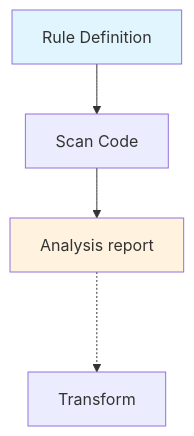
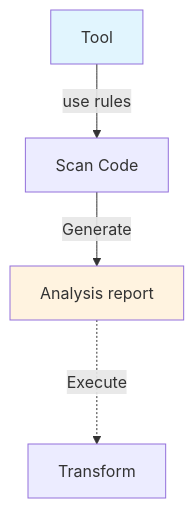
The first of 2 diagrams in README.md (snowdrop/migration-tool), drawn with Mermaid before and after one commit. The commit also changed other lines of this file, not shown here.

````diff
--- a/README.md
+++ b/README.md
@@ -14,9 +14,9 @@
 ```mermaid
 flowchart TD
-    A[Rule Definition] --> B[Scan Code]
-    B --> C[Analysis report]
-    C -..-> D[Transform]
+    A[Tool] --> |use rules|B[Scan Code]
+    B --> |Generate|C[Analysis report]
+    C -..-> |Execute|D[Transform]
 
     style A fill:#e1f5fe
     style C fill:#fff3e0
 ```
````
